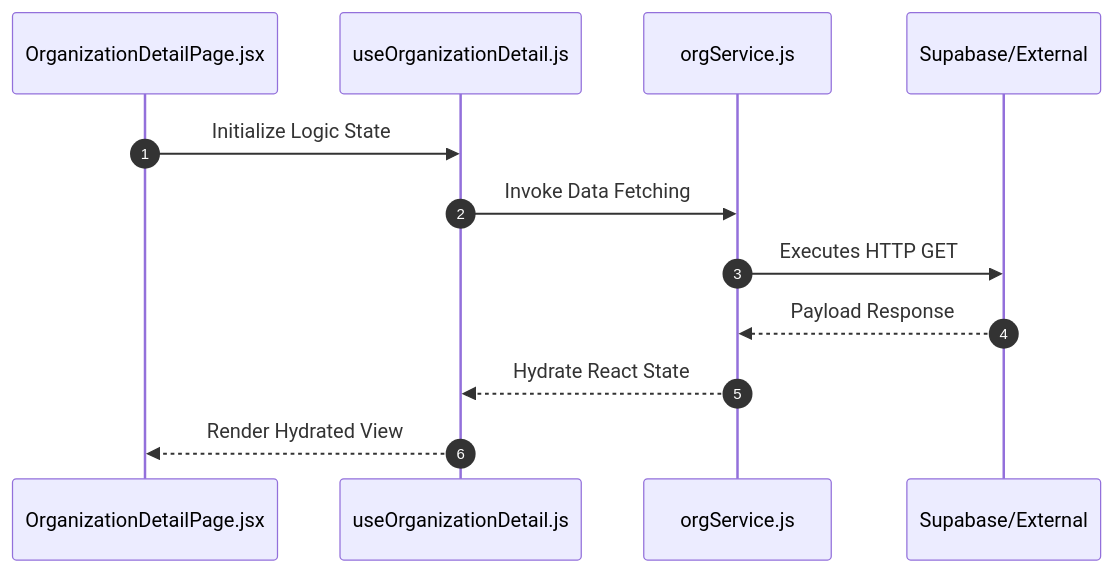
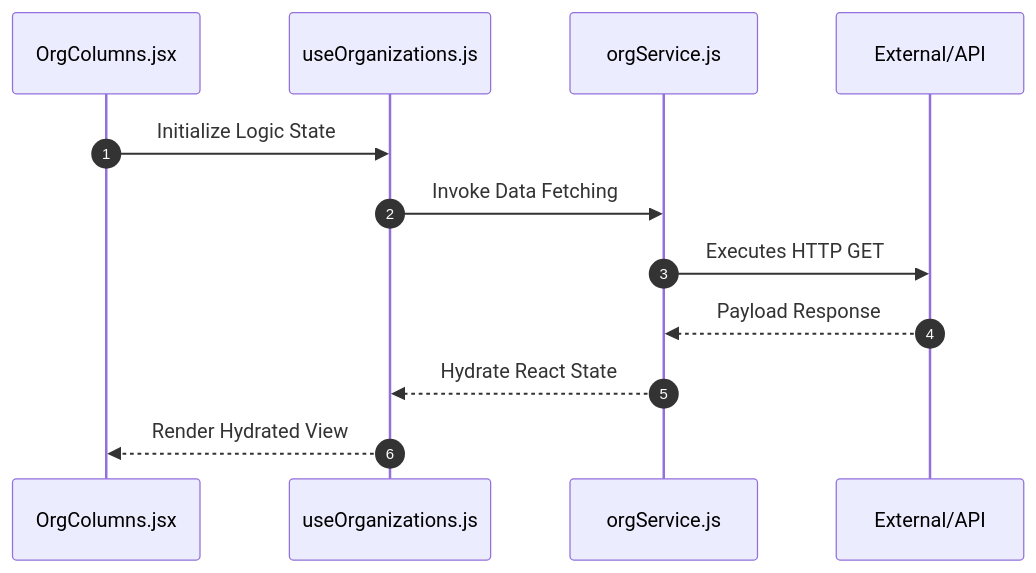
One commit to nexowebai/nexo-superadmin changed the second of 2 diagrams in src/features/organizations/README.md. Above: the diagram before and after it, drawn with Mermaid. The commit also changed other lines of this file and 18 other files, not shown here.

````diff
--- a/src/features/organizations/README.md
+++ b/src/features/organizations/README.md
@@ -43,15 +81,15 @@
 ```mermaid
 sequenceDiagram
 autonumber
-    participant P as OrganizationDetailPage.jsx
-    participant H as useOrganizationDetail.js
+    participant P as OrgColumns.jsx
+    participant H as useOrganizations.js
     participant S as orgService.js
-    participant API as Supabase/External
+    participant API as External/API
 
     P->>H: Initialize Logic State
     H->>S: Invoke Data Fetching
     S->>API: Executes HTTP GET
     API-->>S: Payload Response
     S-->>H: Hydrate React State
     H-->>P: Render Hydrated View
 ```
````
